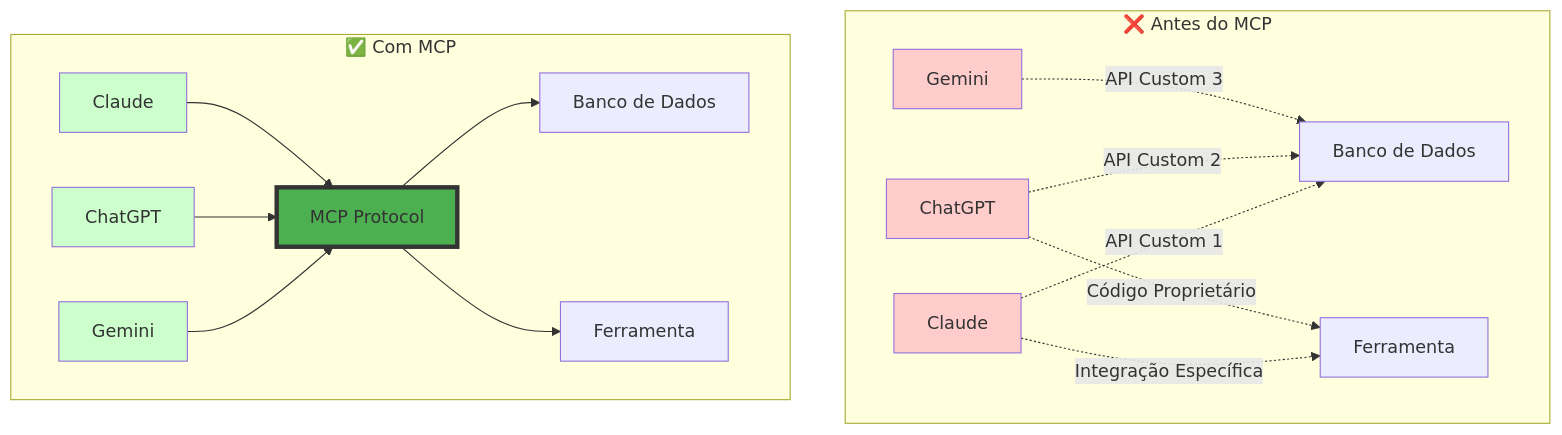
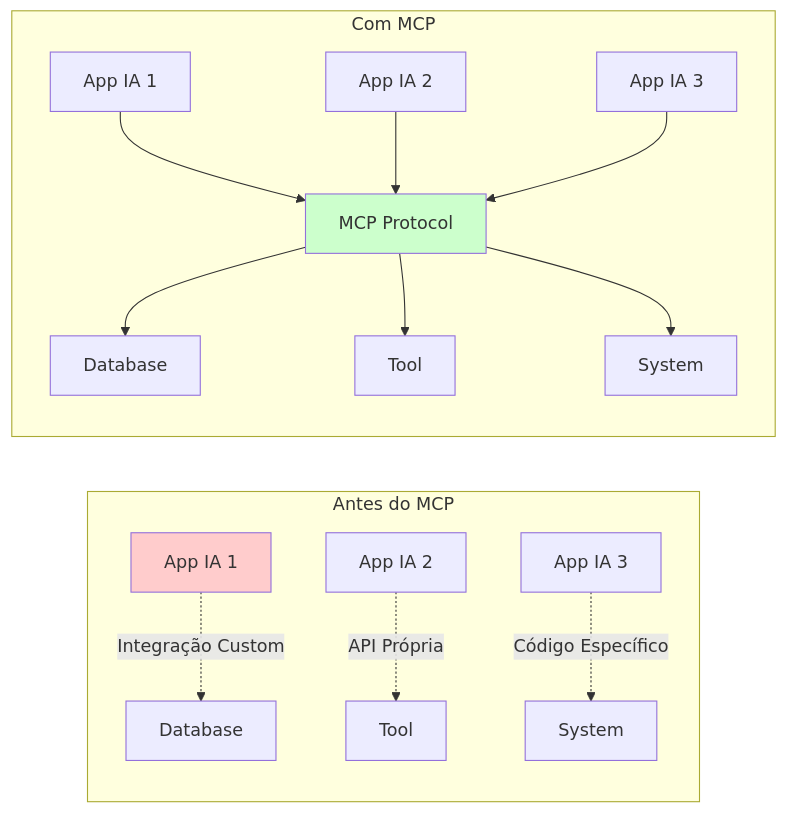
Before and after one commit to felipepimentel/my-public-notes: the first of 19 diagrams in AI/Comunicação/MCP/00-mcp-presentation-zero to hero.md, drawn with Mermaid. The commit also changed other lines of this file, not shown here.

````diff
--- a/AI/Comunicação/MCP/00-mcp-presentation-zero to hero.md
+++ b/AI/Comunicação/MCP/00-mcp-presentation-zero to hero.md
@@ -33,25 +26,20 @@
 ```mermaid
-graph TD
-    subgraph "❌ Antes do MCP"
-        A1[Claude] -.->|API Custom 1| D1[Banco de Dados]
-        A2[ChatGPT] -.->|API Custom 2| D1
-        A3[Gemini] -.->|API Custom 3| D1
-        A1 -.->|Integração Específica| T1[Ferramenta]
-        A2 -.->|Código Proprietário| T1
-        style A1 fill:#ffcccc
-        style A2 fill:#ffcccc
-        style A3 fill:#ffcccc
+graph LR
+    subgraph "Antes do MCP"
+        A1[App IA 1] -.->|Integração Custom| D1[Database]
+        A2[App IA 2] -.->|API Própria| T1[Tool]
+        A3[App IA 3] -.->|Código Específico| S1[System]
     end
     
-    subgraph "✅ Com MCP"
-        B1[Claude] --> M[MCP Protocol]
-        B2[ChatGPT] --> M
-        B3[Gemini] --> M
-        M --> D2[Banco de Dados]
-        M --> T2[Ferramenta]
-        style M fill:#4CAF50,stroke:#333,stroke-width:4px
-        style B1 fill:#ccffcc
-        style B2 fill:#ccffcc
-        style B3 fill:#ccffcc
+    subgraph "Com MCP"
+        B1[App IA 1] --> M[MCP Protocol]
+        B2[App IA 2] --> M
+        B3[App IA 3] --> M
+        M --> D2[Database]
+        M --> T2[Tool]
+        M --> S2[System]
     end
+    
+    style A1 fill:#ffcccc
+    style M fill:#ccffcc
 ```
````
